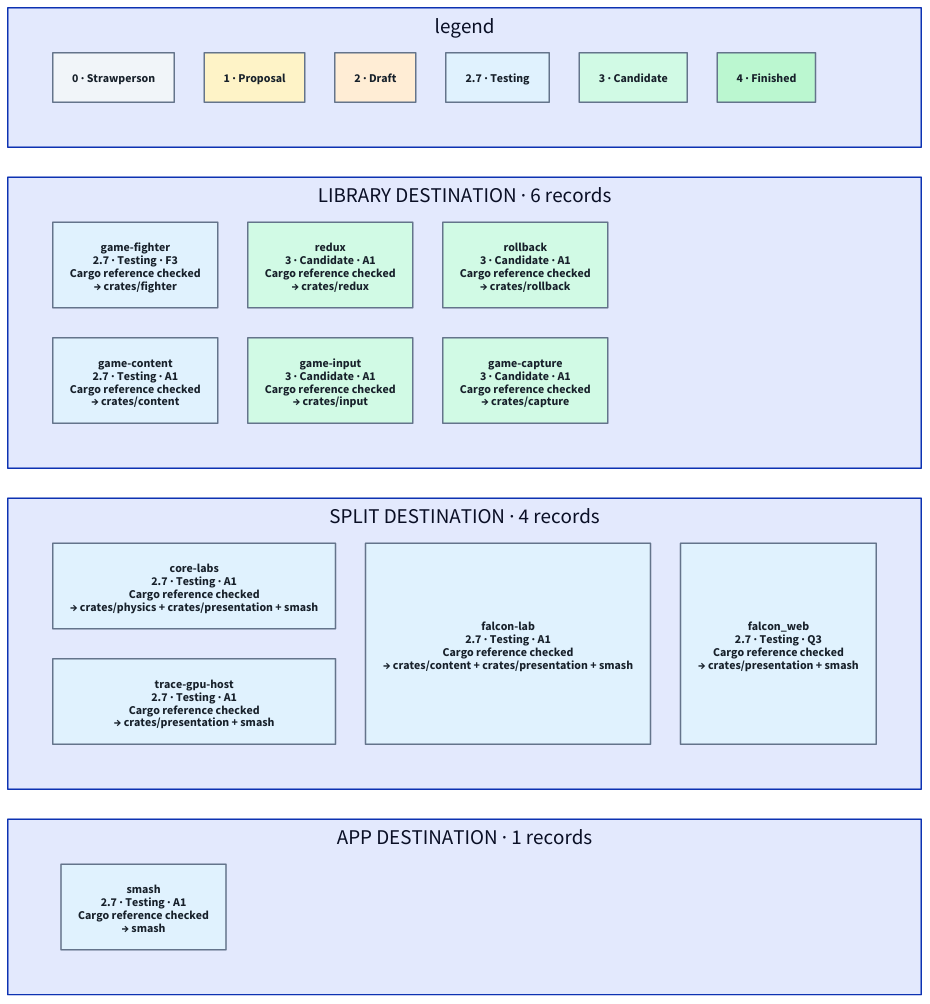
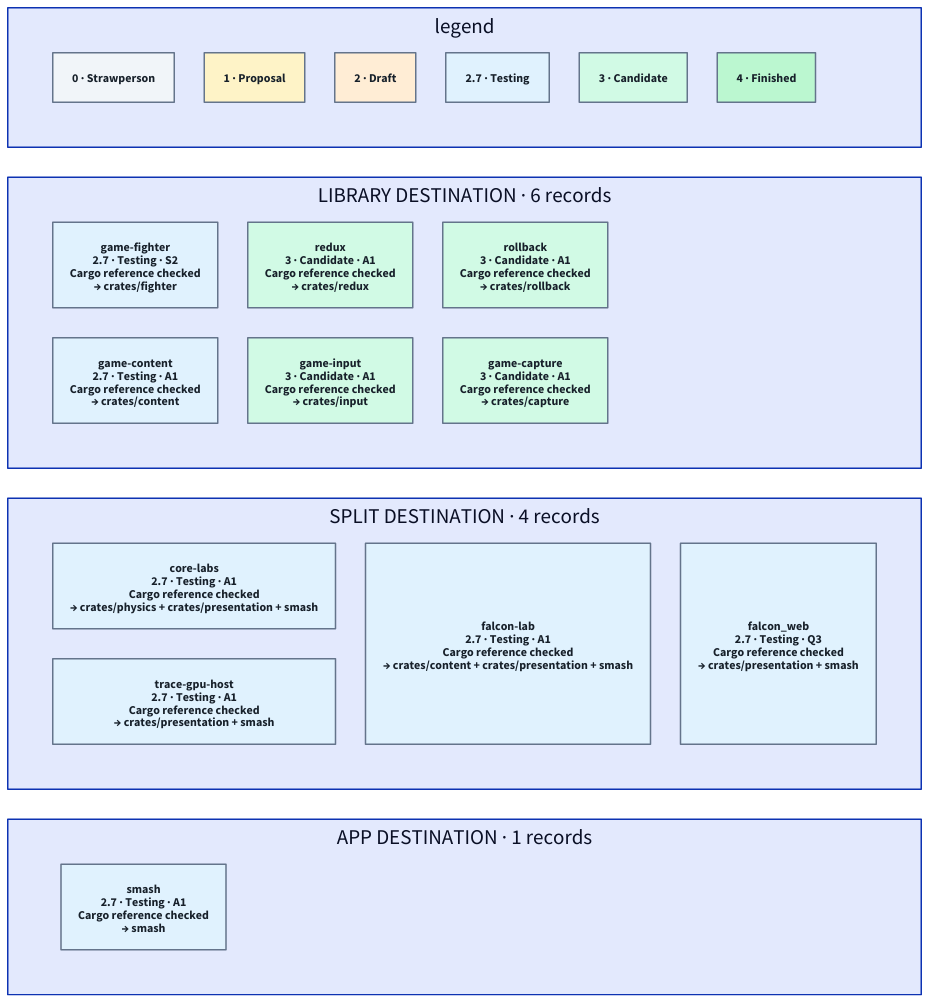
The diagram in games/classification/3_registry.d2 (hafley66/hafley-rs), drawn with D2 before and after one commit. The commit also changed 10 other files, not shown here.

```diff
--- a/games/classification/3_registry.d2
+++ b/games/classification/3_registry.d2
@@ -1,32 +1,32 @@
 # Generated from 1_registry.tsp. Do not edit.
 label: "05 · CHECKED CRATE INVENTORY / TC39-style promotion stages"
 grid-columns: 1
 legend: {
 grid-columns: 6
 s0: "0 · Strawperson" {style.fill: "#F1F5F9"; style.font-color: "#17202A"; style.stroke: "#64748B"}
 s1: "1 · Proposal" {style.fill: "#FEF3C7"; style.font-color: "#17202A"; style.stroke: "#64748B"}
 s2: "2 · Draft" {style.fill: "#FFEDD5"; style.font-color: "#17202A"; style.stroke: "#64748B"}
 s3: "2.7 · Testing" {style.fill: "#E0F2FE"; style.font-color: "#17202A"; style.stroke: "#64748B"}
 s4: "3 · Candidate" {style.fill: "#D1FAE5"; style.font-color: "#17202A"; style.stroke: "#64748B"}
 s5: "4 · Finished" {style.fill: "#BBF7D0"; style.font-color: "#17202A"; style.stroke: "#64748B"}
 }
 library: "LIBRARY DESTINATION · 6 records" {
 grid-columns: 3
-"game-fighter": "game-fighter\n2.7 · Testing · F3\nCargo reference checked\n→ crates/fighter" {style.fill: "#E0F2FE"; style.font-color: "#17202A"; style.stroke: "#64748B"}
+"game-fighter": "game-fighter\n2.7 · Testing · S2\nCargo reference checked\n→ crates/fighter" {style.fill: "#E0F2FE"; style.font-color: "#17202A"; style.stroke: "#64748B"}
 "game-content": "game-content\n2.7 · Testing · A1\nCargo reference checked\n→ crates/content" {style.fill: "#E0F2FE"; style.font-color: "#17202A"; style.stroke: "#64748B"}
 "redux": "redux\n3 · Candidate · A1\nCargo reference checked\n→ crates/redux" {style.fill: "#D1FAE5"; style.font-color: "#17202A"; style.stroke: "#64748B"}
 "game-input": "game-input\n3 · Candidate · A1\nCargo reference checked\n→ crates/input" {style.fill: "#D1FAE5"; style.font-color: "#17202A"; style.stroke: "#64748B"}
 "rollback": "rollback\n3 · Candidate · A1\nCargo reference checked\n→ crates/rollback" {style.fill: "#D1FAE5"; style.font-color: "#17202A"; style.stroke: "#64748B"}
 "game-capture": "game-capture\n3 · Candidate · A1\nCargo reference checked\n→ crates/capture" {style.fill: "#D1FAE5"; style.font-color: "#17202A"; style.stroke: "#64748B"}
 }
 split: "SPLIT DESTINATION · 4 records" {
 grid-columns: 3
 "core-labs": "core-labs\n2.7 · Testing · A1\nCargo reference checked\n→ crates/physics + crates/presentation + smash" {style.fill: "#E0F2FE"; style.font-color: "#17202A"; style.stroke: "#64748B"}
 "trace-gpu-host": "trace-gpu-host\n2.7 · Testing · A1\nCargo reference checked\n→ crates/presentation + smash" {style.fill: "#E0F2FE"; style.font-color: "#17202A"; style.stroke: "#64748B"}
 "falcon-lab": "falcon-lab\n2.7 · Testing · A1\nCargo reference checked\n→ crates/content + crates/presentation + smash" {style.fill: "#E0F2FE"; style.font-color: "#17202A"; style.stroke: "#64748B"}
 "falcon_web": "falcon_web\n2.7 · Testing · Q3\nCargo reference checked\n→ crates/presentation + smash" {style.fill: "#E0F2FE"; style.font-color: "#17202A"; style.stroke: "#64748B"}
 }
 app: "APP DESTINATION · 1 records" {
 grid-columns: 3
 "smash": "smash\n2.7 · Testing · A1\nCargo reference checked\n→ smash" {style.fill: "#E0F2FE"; style.font-color: "#17202A"; style.stroke: "#64748B"}
 }
```
